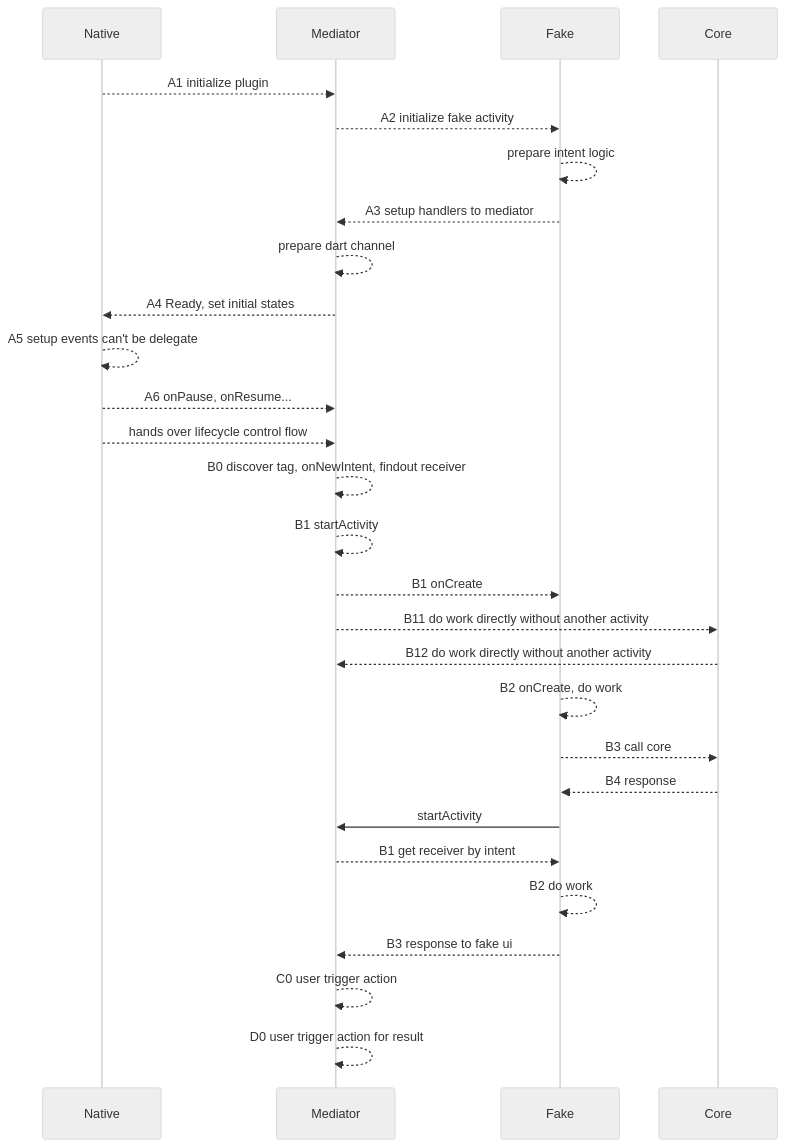
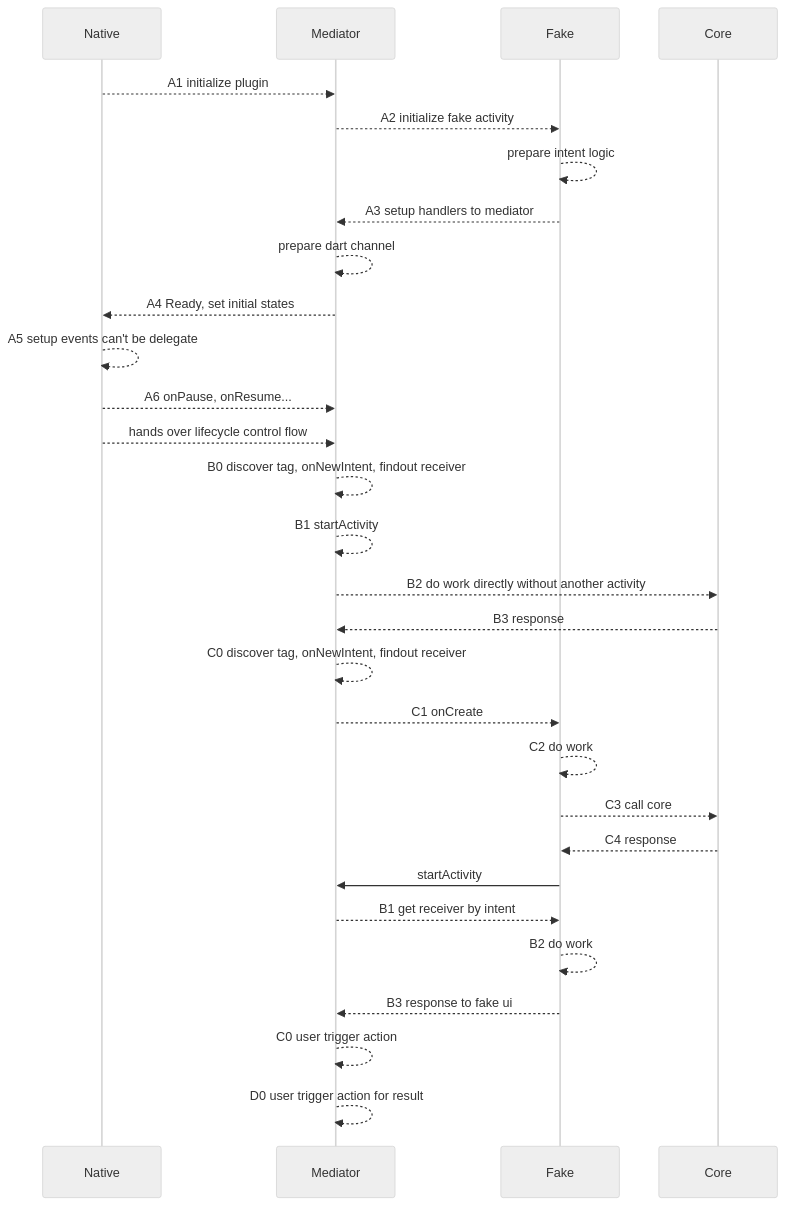
Before and after one commit to gordianknotC/nxp_note: the second of 2 diagrams in flutter/addActivityResultListener.md, drawn with Mermaid (neutral theme). The commit also changed other lines of this file, not shown here.

Commit message:
flutter/addActivityResultListener.md updated from https://stackedit.io/

````diff
--- a/flutter/addActivityResultListener.md
+++ b/flutter/addActivityResultListener.md
@@ -55,38 +55,40 @@
 ```mermaid
 sequenceDiagram
 participant Native
 participant Mediator
 participant Fake
 participant Core
 
 Native -->> Mediator: A1 initialize plugin
 Mediator -->> Fake: A2 initialize fake activity
 Fake -->> Fake: prepare intent logic
 Fake -->> Mediator: A3 setup handlers to mediator
 Mediator -->> Mediator: prepare dart channel
 Mediator -->> Native: A4 Ready, set initial states
 Native -->> Native: A5 setup events can't be delegate
 Native -->> Mediator: A6 onPause, onResume...
 Native -->> Mediator: hands over lifecycle control flow
 
 Mediator-->> Mediator: B0 discover tag, onNewIntent, findout receiver
 Mediator-->>Mediator: B1 startActivity
-Mediator-->>Fake: B1 onCreate
-Mediator-->>Core: B11 do work directly without another activity
-Core-->>Mediator: B12 do work directly without another activity
-Fake-->>Fake: B2 onCreate, do work
-Fake-->>Core:B3 call core
-Core-->>Fake:B4 response
+Mediator-->>Core: B2 do work directly without another activity
+Core-->>Mediator: B3 response
+
+Mediator-->> Mediator: C0 discover tag, onNewIntent, findout receiver
+Mediator-->>Fake: C1 onCreate
+Fake-->>Fake: C2 do work
+Fake-->>Core:C3 call core
+Core-->>Fake:C4 response
 Fake->>Mediator: startActivity
 
 Mediator-->>Fake: B1 get receiver by intent
 Fake-->>Fake:B2 do work
 
 Fake-->>Mediator:B3 response to fake ui
 
  
  Mediator-->>Mediator: C0 user trigger action
  
  Mediator-->>Mediator: D0 user trigger action for result
 
 ```
````
